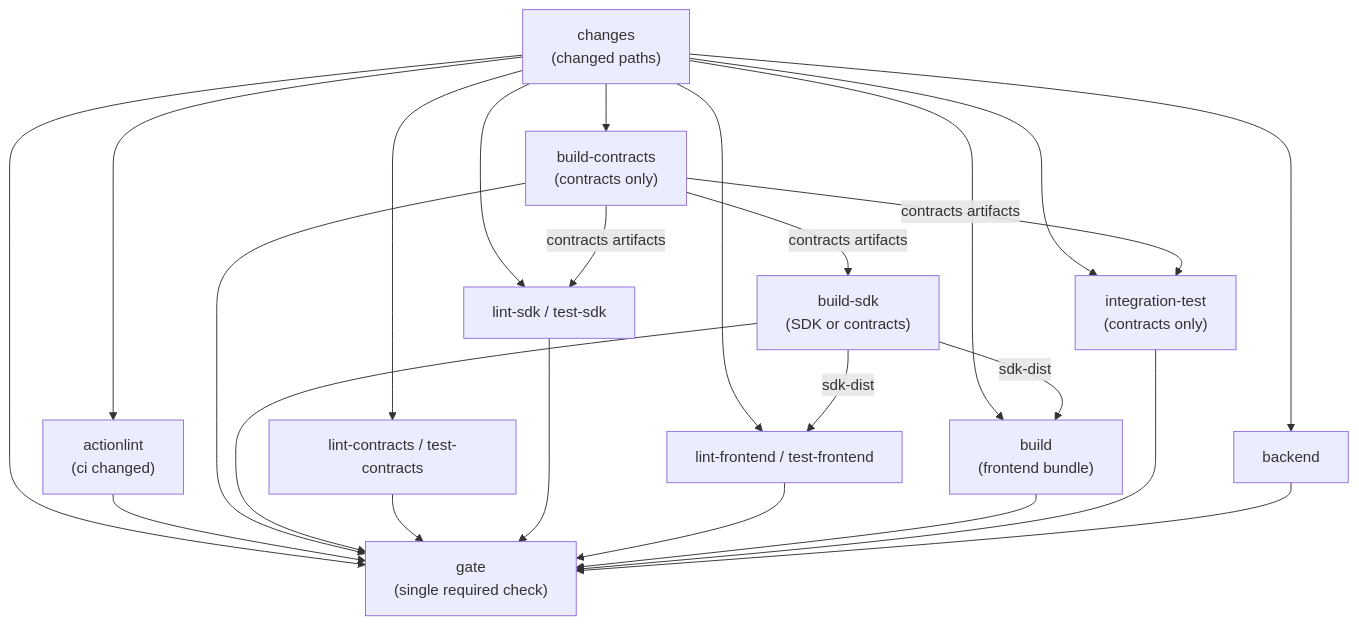
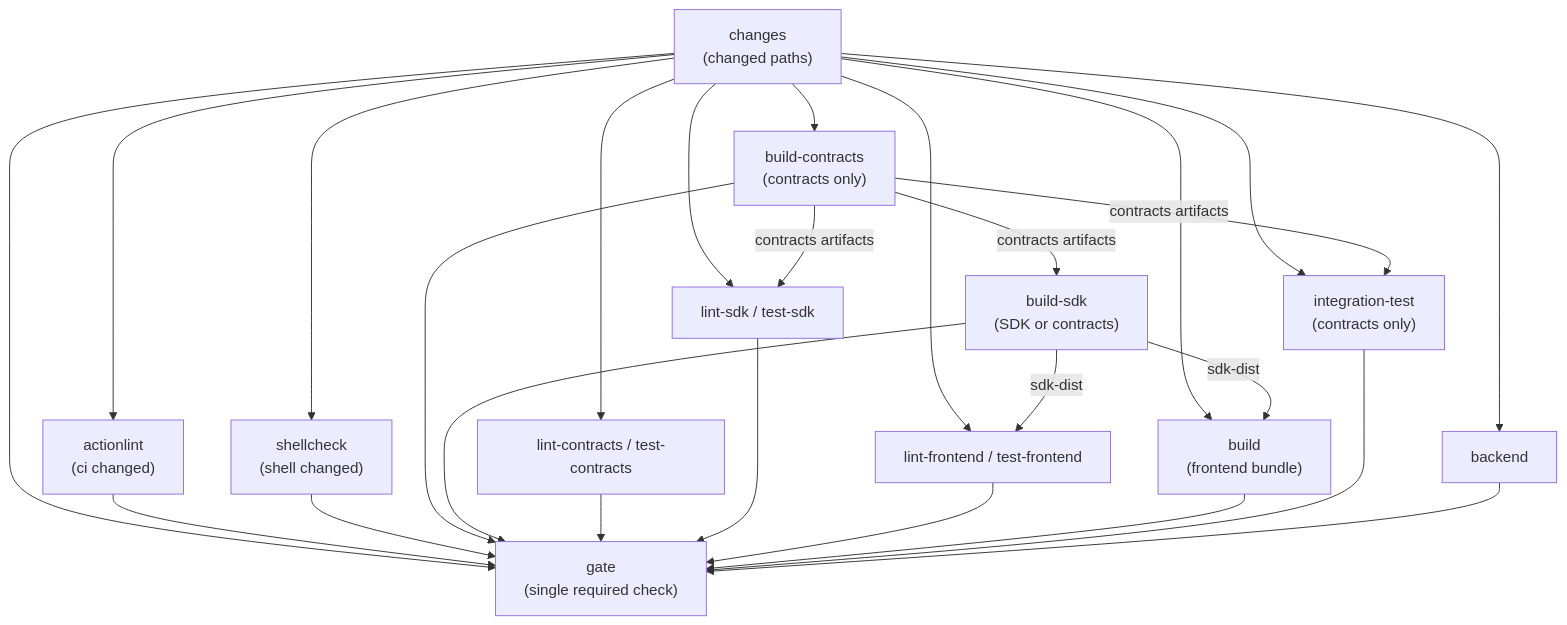
The diagram in docs/ci.md (kasakame/kasakame), drawn with Mermaid before and after one commit. The commit also changed other lines of this file and 4 other files, not shown here.

````diff
--- a/docs/ci.md
+++ b/docs/ci.md
@@ -56,38 +60,41 @@
 ```mermaid
 flowchart TD
     changes["changes<br/>(changed paths)"]
     actionlint["actionlint<br/>(ci changed)"]
+    shellcheck["shellcheck<br/>(shell changed)"]
     buildc["build-contracts<br/>(contracts only)"]
     buildsdk["build-sdk<br/>(SDK or contracts)"]
     contracts["lint-contracts / test-contracts"]
     sdk["lint-sdk / test-sdk"]
     frontend["lint-frontend / test-frontend"]
     build["build<br/>(frontend bundle)"]
     integration["integration-test<br/>(contracts only)"]
     backend["backend"]
     gate["gate<br/>(single required check)"]
 
     changes --> actionlint
+    changes --> shellcheck
     changes --> buildc
     changes --> contracts
     changes --> sdk
     changes --> frontend
     changes --> build
     changes --> integration
     changes --> backend
     buildc -->|"contracts artifacts"| buildsdk
     buildc -->|"contracts artifacts"| sdk
     buildc -->|"contracts artifacts"| integration
     buildsdk -->|"sdk-dist"| frontend
     buildsdk -->|"sdk-dist"| build
     changes --> gate
     actionlint --> gate
+    shellcheck --> gate
     buildc --> gate
     buildsdk --> gate
     contracts --> gate
     sdk --> gate
     frontend --> gate
     build --> gate
     integration --> gate
     backend --> gate
 ```
````
